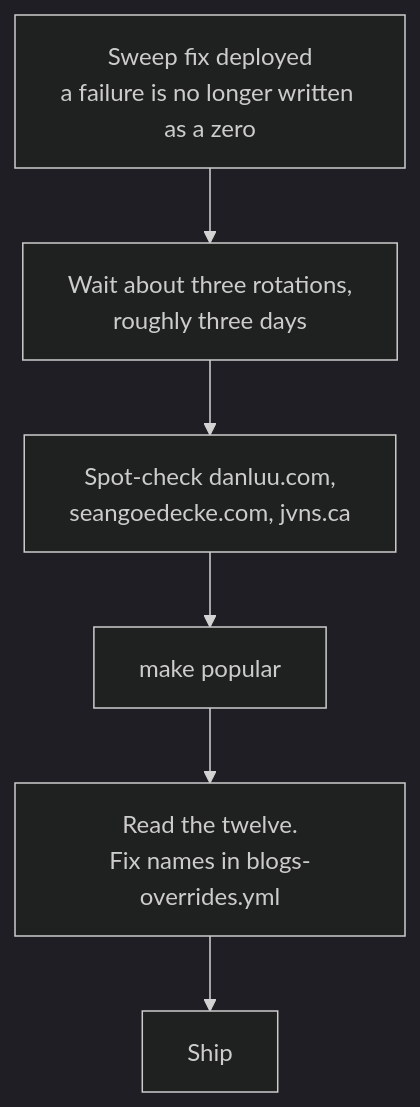
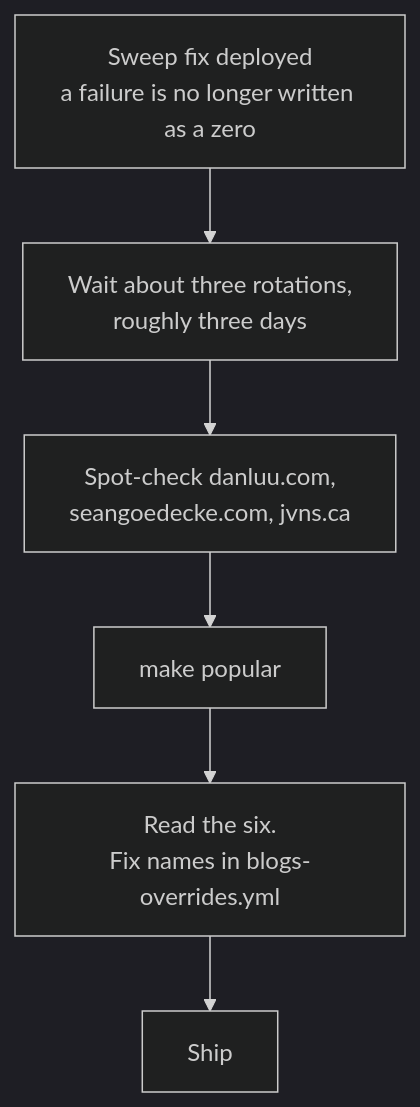
The second of 2 diagrams in docs/plans/popular-blogs-landing-plan.md (GitPaulo/blogme), drawn with Mermaid (dark theme) before and after one commit. The commit also changed other lines of this file and 13 other files, not shown here.

````diff
--- a/docs/plans/popular-blogs-landing-plan.md
+++ b/docs/plans/popular-blogs-landing-plan.md
@@ -377,8 +381,8 @@
 ```mermaid
 flowchart TD
     F["Sweep fix deployed<br/>a failure is no longer written as a zero"] --> D["Wait about three rotations,<br/>roughly three days"]
     D --> C["Spot-check danluu.com,<br/>seangoedecke.com, jvns.ca"]
     C --> G["make popular"]
-    G --> R["Read the twelve.<br/>Fix names in blogs-overrides.yml"]
+    G --> R["Read the six.<br/>Fix names in blogs-overrides.yml"]
     R --> S["Ship"]
 ```
````
